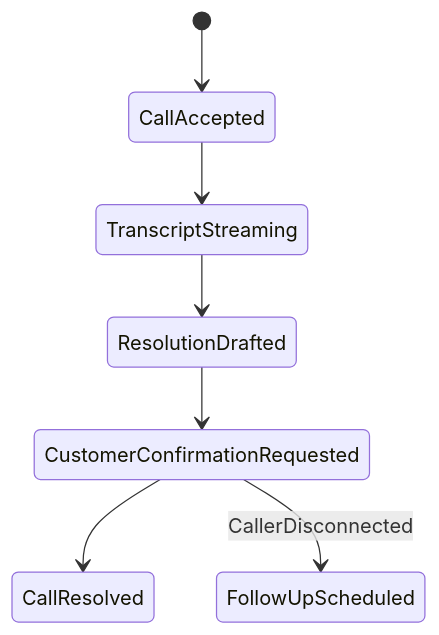
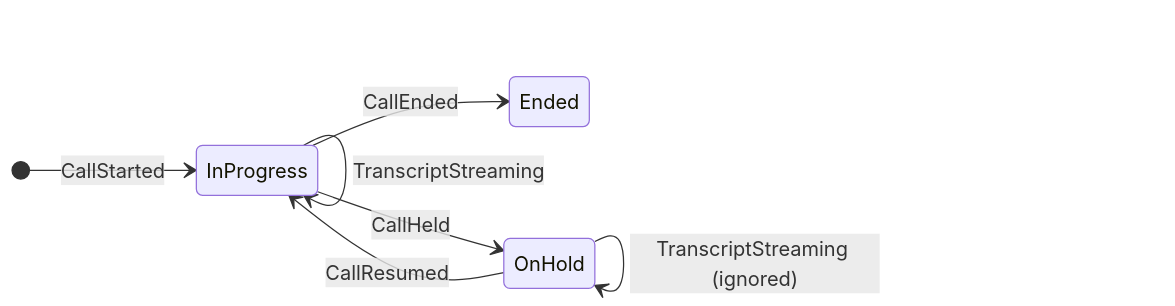
The third of 3 diagrams in presentation/slides.md (MatthijsRademaker/dignitas-event-driven-design), drawn with Mermaid before and after one commit. The commit also changed other lines of this file, not shown here.

````diff
--- a/presentation/slides.md
+++ b/presentation/slides.md
@@ -207,9 +207,10 @@
 ```mermaid
 stateDiagram-v2
-    [*] --> CallAccepted
-    CallAccepted --> TranscriptStreaming
-    TranscriptStreaming --> ResolutionDrafted
-    ResolutionDrafted --> CustomerConfirmationRequested
-    CustomerConfirmationRequested --> CallResolved
-    CustomerConfirmationRequested --> FollowUpScheduled: CallerDisconnected
+    direction LR
+    [*] --> InProgress: CallStarted
+    InProgress --> InProgress: TranscriptStreaming
+    InProgress --> OnHold: CallHeld
+    OnHold --> OnHold: TranscriptStreaming (ignored)
+    OnHold --> InProgress: CallResumed
+    InProgress --> Ended: CallEnded
 ```
````
